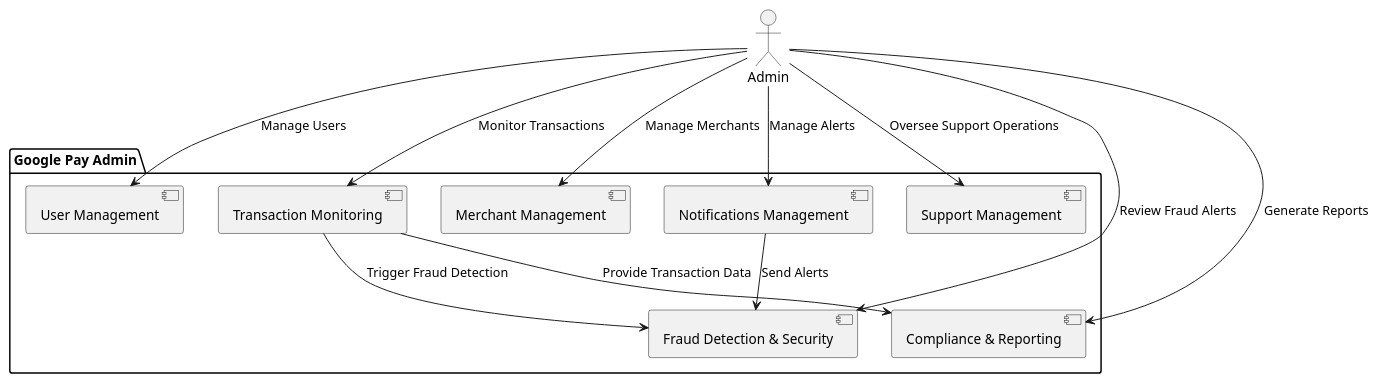
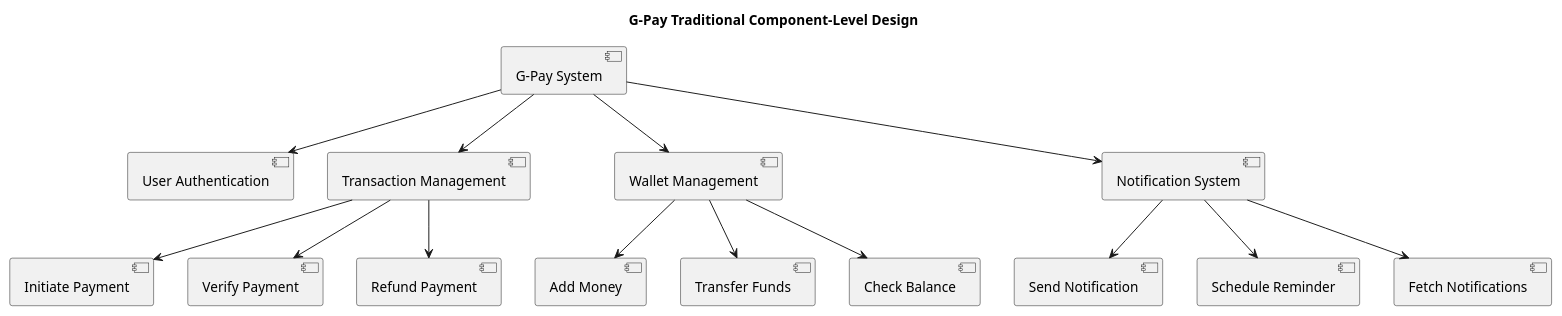
One commit to IIITLucknowSWEngg/CSAICSBTeam017 changed the fourth of 5 diagrams in Assignment/Architecture.md. Above: the diagram before and after it, drawn with PlantUML. The commit also changed other lines of this file and 3 other files, not shown here.

````diff
--- a/Assignment/Architecture.md
+++ b/Assignment/Architecture.md
@@ -85,37 +223,49 @@
 ```plantuml
+
 @startuml
+title G-Pay Traditional Component-Level Design
 
-' Component Diagram for Admin in Google Pay System
+' Main Component
+component "G-Pay System" as GPay
 
-package "Google Pay Admin" {
+' Subcomponents
+component "User Authentication" as Auth
+component "Transaction Management" as Transaction
+component "Wallet Management" as Wallet
+component "Notification System" as Notification
 
-    ' Admin Components
-    component "User Management" as UserMgmt
-    component "Transaction Monitoring" as TxnMonitoring
-    component "Fraud Detection & Security" as FraudSecurity
-    component "Merchant Management" as MerchantMgmt
-    component "Compliance & Reporting" as ComplianceReporting
-    component "Notifications Management" as NotificationsMgmt
-    component "Support Management" as SupportMgmt
-}
+' Lower-Level Components for Transaction Management
+component "Initiate Payment" as InitPayment
+component "Verify Payment" as VerifyPayment
+component "Refund Payment" as RefundPayment
 
-' External Admin Actor
-actor "Admin" as Admin
+' Lower-Level Components for Wallet Management
+component "Add Money" as AddMoney
+component "Transfer Funds" as TransferFunds
+component "Check Balance" as CheckBalance
 
-' Relationships between Admin and components
-Admin --> UserMgmt : Manage Users
-Admin --> TxnMonitoring : Monitor Transactions
-Admin --> FraudSecurity : Review Fraud Alerts
-Admin --> MerchantMgmt : Manage Merchants
-Admin --> ComplianceReporting : Generate Reports
-Admin --> NotificationsMgmt : Manage Alerts
-Admin --> SupportMgmt : Oversee Support Operations
+' Lower-Level Components for Notification System
+component "Send Notification" as SendNotification
+component "Schedule Reminder" as ScheduleReminder
+component "Fetch Notifications" as FetchNotifications
 
-' Relationships between components
-TxnMonitoring --> FraudSecurity : Trigger Fraud Detection
-TxnMonitoring --> ComplianceReporting : Provide Transaction Data
-NotificationsMgmt --> FraudSecurity : Send Alerts
+' Connections
+GPay --> Auth
+GPay --> Transaction
+GPay --> Wallet
+GPay --> Notification
 
+Transaction --> InitPayment
+Transaction --> VerifyPayment
+Transaction --> RefundPayment
+
+Wallet --> AddMoney
+Wallet --> TransferFunds
+Wallet --> CheckBalance
+
+Notification --> SendNotification
+Notification --> ScheduleReminder
+Notification --> FetchNotifications
 @enduml
 
 ```
````
